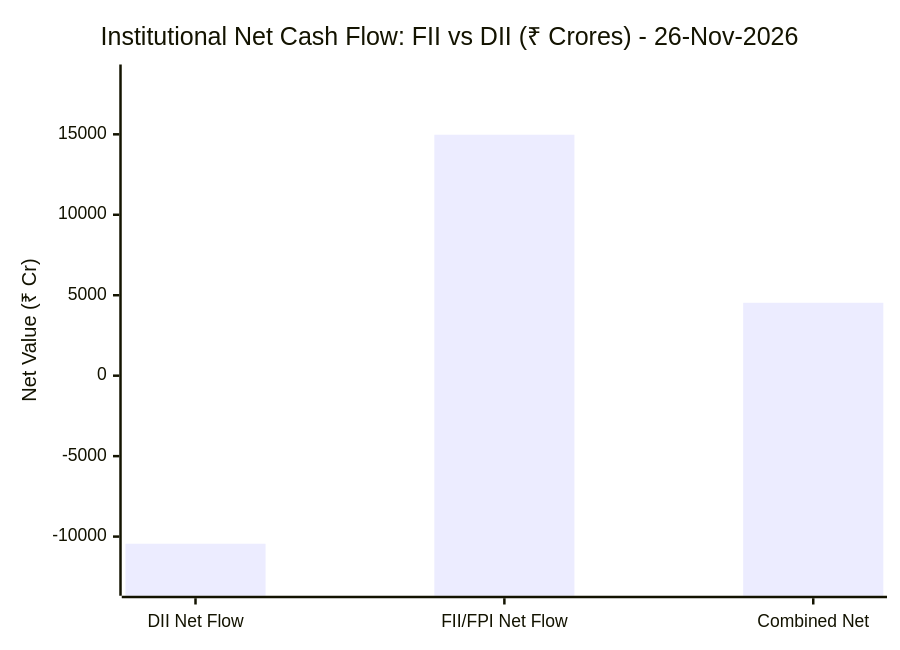
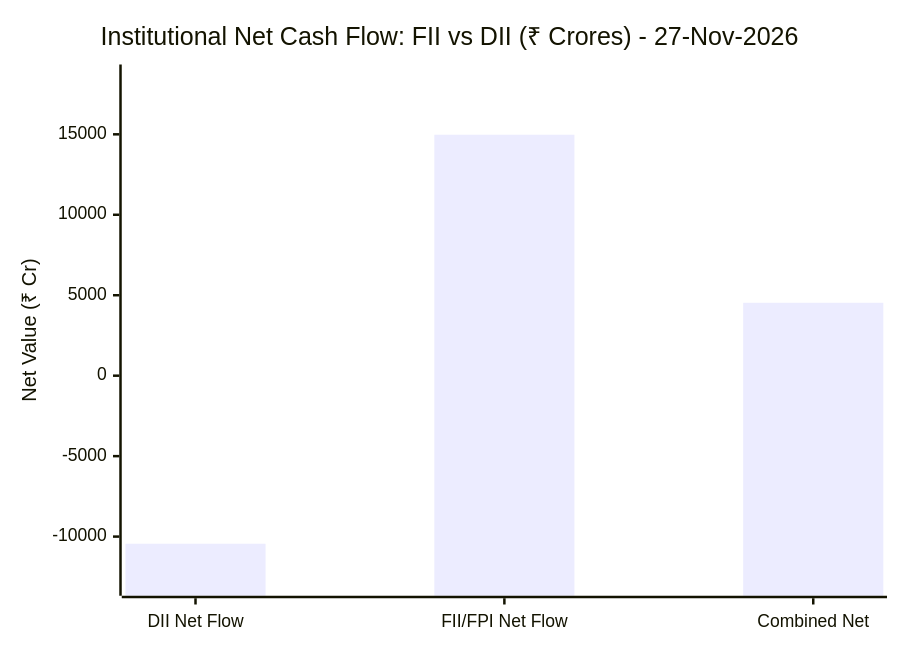
One commit to purnareddy9/dev changed the diagram in market-intelligence/README.md. Above: the diagram before and after it, drawn with Mermaid. The commit also changed other lines of this file and 4 other files, not shown here.

````diff
--- a/market-intelligence/README.md
+++ b/market-intelligence/README.md
@@ -65,7 +65,7 @@
 ```mermaid
 xychart-beta
-    title "Institutional Net Cash Flow: FII vs DII (₹ Crores) - 26-Nov-2026"
+    title "Institutional Net Cash Flow: FII vs DII (₹ Crores) - 27-Nov-2026"
     x-axis ["DII Net Flow", "FII/FPI Net Flow", "Combined Net"]
     y-axis "Net Value (₹ Cr)" -13055 --> 18718
     bar [-10444.54, 14974.68, 4530.14]
 ```
````
